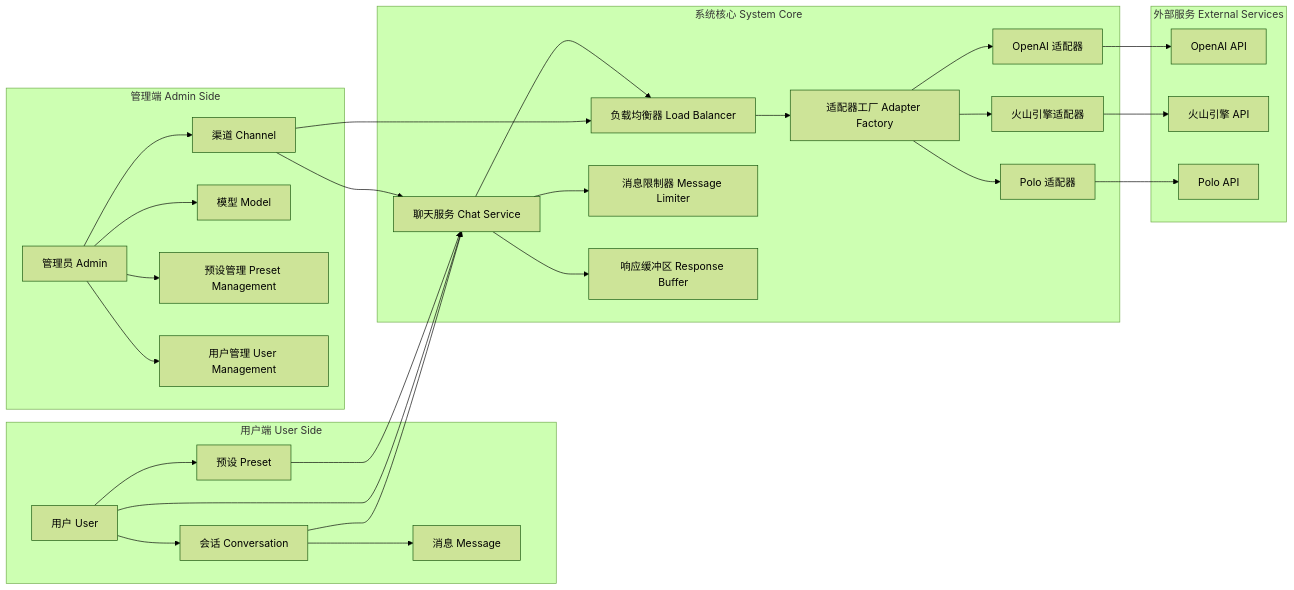
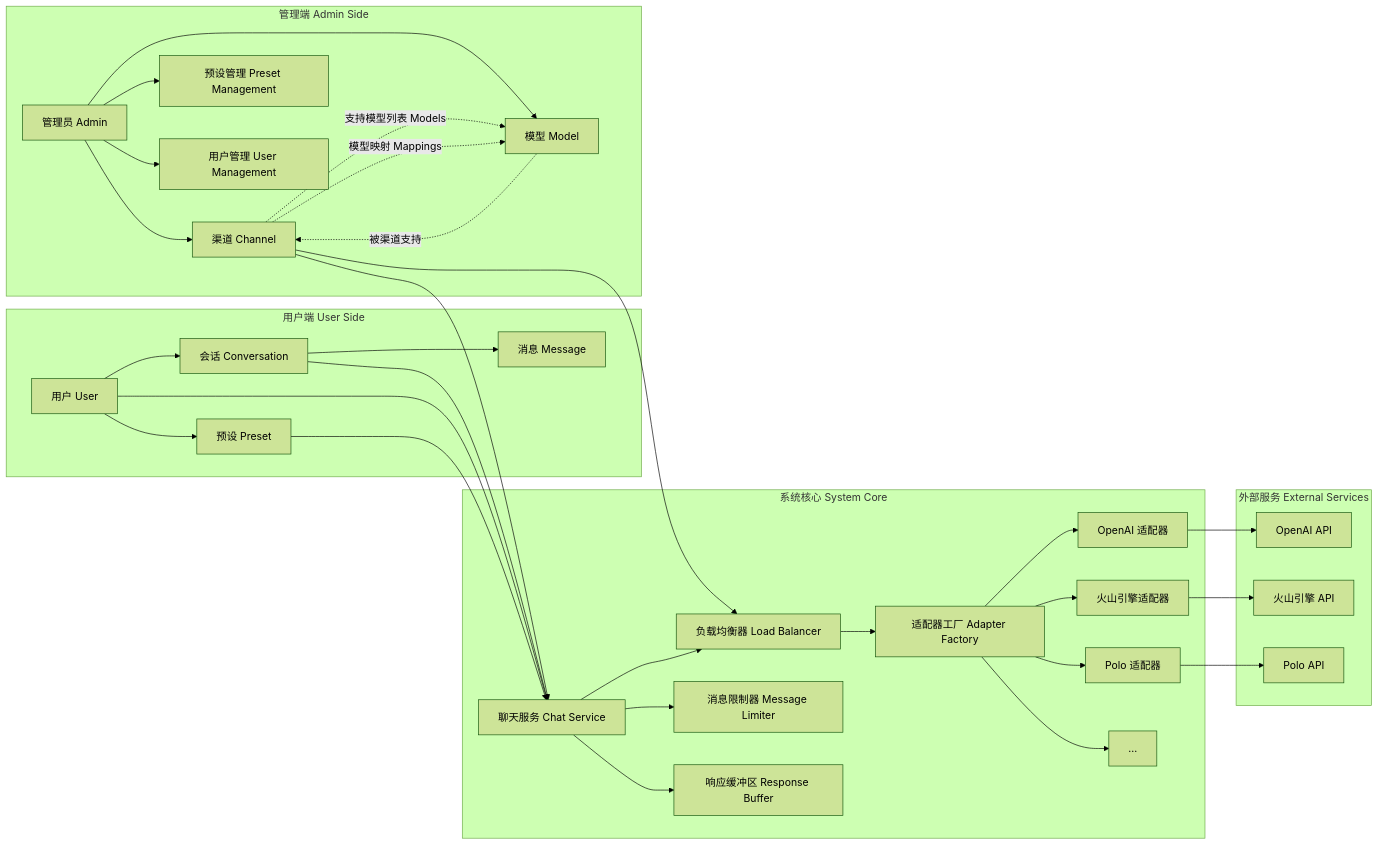
The second of 6 diagrams in README.md (lemon-puls/txing-ai), drawn with Mermaid (forest theme) before and after one commit. The commit also changed other lines of this file, not shown here.

````diff
--- a/README.md
+++ b/README.md
@@ -160,38 +175,44 @@
 ```mermaid
 graph LR
     subgraph "用户端 User Side"
         A[用户 User] --> B[会话 Conversation]
         A --> C[预设 Preset]
         B --> D[消息 Message]
     end
     
     subgraph "管理端 Admin Side"
         E[管理员 Admin] --> F[渠道 Channel]
         E --> G[模型 Model]
         E --> H[预设管理 Preset Management]
         E --> I[用户管理 User Management]
     end
     
     subgraph "系统核心 System Core"
         F --> J[负载均衡器 Load Balancer]
         J --> K[适配器工厂 Adapter Factory]
         K --> L[OpenAI 适配器]
         K --> M[火山引擎适配器]
         K --> N[Polo 适配器]
+        K --> O[...]
         
-        B --> O[聊天服务 Chat Service]
-        O --> J
-        O --> P[消息限制器 Message Limiter]
-        O --> Q[响应缓冲区 Response Buffer]
+        B --> P[聊天服务 Chat Service]
+        P --> J
+        P --> Q[消息限制器 Message Limiter]
+        P --> R[响应缓冲区 Response Buffer]   
+        
+        %% 新增：Channel 和 Model 的关系
+        F -.->|支持模型列表 Models| G
+        F -.->|模型映射 Mappings| G
+        G -.->|被渠道支持| F
     end
     
     subgraph "外部服务 External Services"
-        L --> R[OpenAI API]
-        M --> S[火山引擎 API]
-        N --> T[Polo API]
+        L --> S[OpenAI API]
+        M --> T[火山引擎 API]
+        N --> U[Polo API]
     end
     
-    A --> O
-    C --> O
-    F --> O
+    A --> P
+    C --> P
+    F --> P
 ```
````
